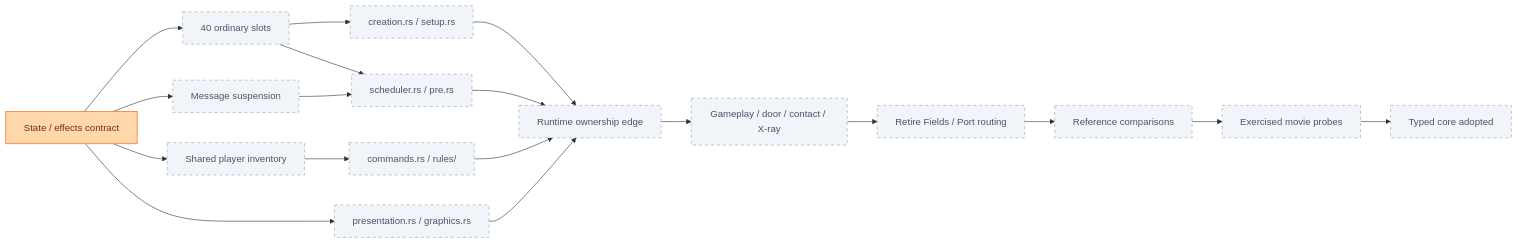
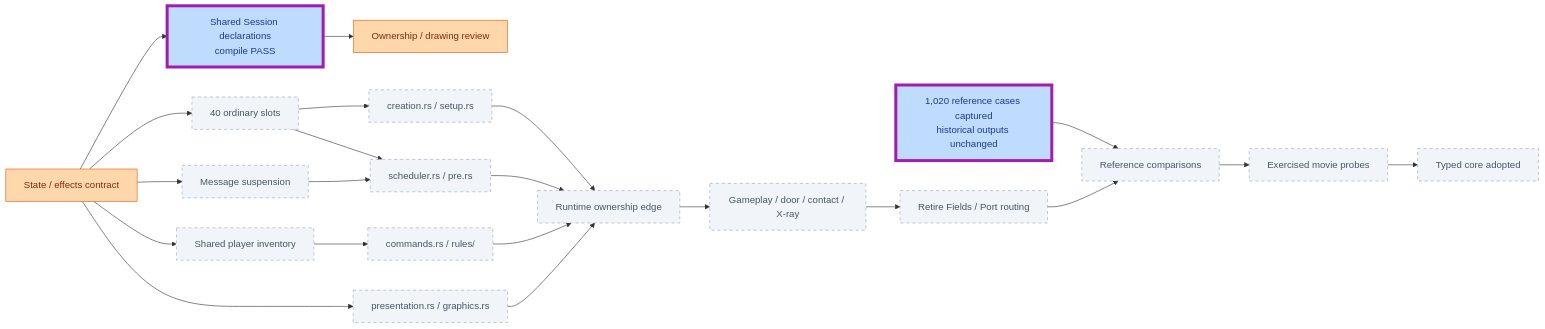
Before and after one commit to JimLundin/sm-decomp: the first of 8 diagrams in PROGRESS.md, drawn with Mermaid. The commit also changed other lines of this file and 2 other files, not shown here.

Commit message:
Record fresh mechanism references; 1020 outcomes match and declarations compile

````diff
--- a/PROGRESS.md
+++ b/PROGRESS.md
@@ -10,26 +10,30 @@
 ```mermaid
 flowchart LR
-    CONTRACT["State / effects contract"]:::active --> SLOTS["40 ordinary slots"]:::pending
+    CONTRACT["State / effects contract"]:::active --> DECL["Shared Session declarations<br/>compile PASS"]:::checked
+    DECL --> REVIEW["Ownership / drawing review"]:::active
+    BASE["1,020 reference cases captured<br/>historical outputs unchanged"]:::checked --> COMPARE
+    class DECL,BASE changed
+    CONTRACT --> SLOTS["40 ordinary slots"]:::pending
     CONTRACT --> INVENTORY["Shared player inventory"]:::pending
     CONTRACT --> RESUME["Message suspension"]:::pending
     SLOTS --> CREATE["creation.rs / setup.rs"]:::pending
     SLOTS --> TICK["scheduler.rs / pre.rs"]:::pending
     INVENTORY --> RULES["commands.rs / rules/"]:::pending
     RESUME --> TICK
     CONTRACT --> DRAW["presentation.rs / graphics.rs"]:::pending
     CREATE --> EDGE["Runtime ownership edge"]:::pending
     TICK --> EDGE
     RULES --> EDGE
     DRAW --> EDGE
     EDGE --> CALLERS["Gameplay / door / contact / X-ray"]:::pending
     CALLERS --> DELETE["Retire Fields / Port routing"]:::pending
     DELETE --> COMPARE["Reference comparisons"]:::pending
     COMPARE --> MOVIE["Exercised movie probes"]:::pending
     MOVIE --> ADOPT["Typed core adopted"]:::pending
     classDef done fill:#bbf7d0,stroke:#15803d,color:#14532d
     classDef checked fill:#bfdbfe,stroke:#2563eb,color:#1e3a8a
     classDef active fill:#fed7aa,stroke:#ea580c,color:#7c2d12
     classDef pending fill:#f1f5f9,stroke:#94a3b8,color:#475569,stroke-dasharray:5 5
     classDef failed fill:#fecaca,stroke:#dc2626,color:#7f1d1d
     classDef changed stroke:#a21caf,stroke-width:5px
 ```
````
